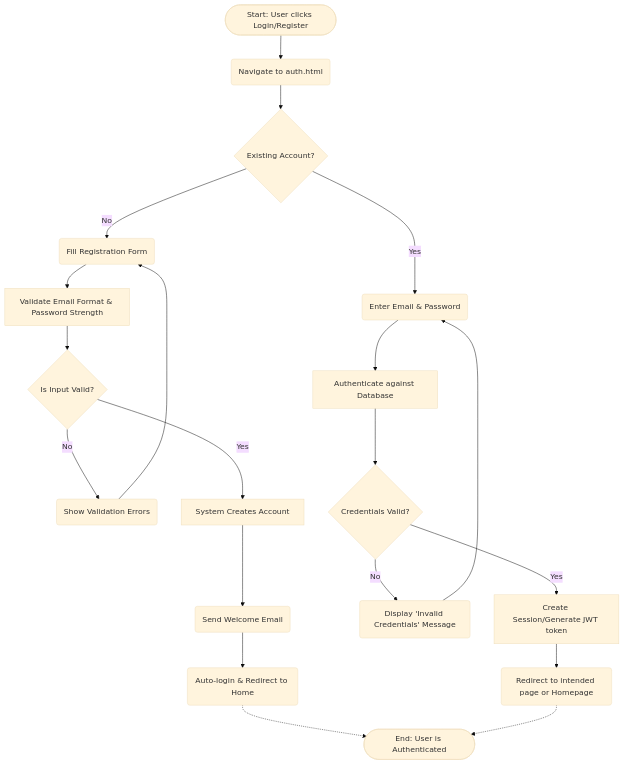
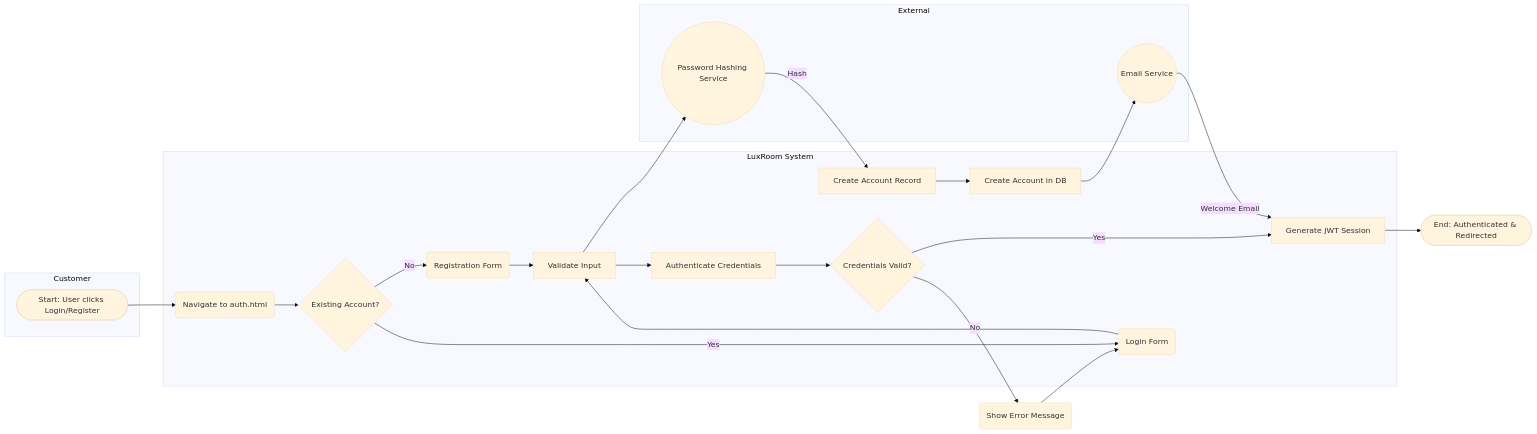
Before and after one commit to Haign12/LuxRoom: the third of 8 diagrams in docs/ba_portfolio/3_Process_Models.md, drawn with Mermaid (base theme). The commit also changed other lines of this file and 3 other files, not shown here.

````diff
--- a/docs/ba_portfolio/3_Process_Models.md
+++ b/docs/ba_portfolio/3_Process_Models.md
@@ -62,29 +157,42 @@
 ```mermaid
-graph TD
-    A([Start: User clicks Login/Register]) --> B(Navigate to auth.html)
-    B --> C{Existing Account?}
-    
-    %% Sign Up Flow
-    C -- No --> D(Fill Registration Form)
-    D --> E[Validate Email Format & Password Strength]
-    E --> F{Is Input Valid?}
-    F -- No --> G(Show Validation Errors)
-    G --> D
-    F -- Yes --> H[System Creates Account]
-    H --> I(Send Welcome Email)
-    I --> J(Auto-login & Redirect to Home)
-    
-    %% Login Flow
-    C -- Yes --> K(Enter Email & Password)
-    K --> L[Authenticate against Database]
-    L --> M{Credentials Valid?}
-    
-    M -- No --> N(Display 'Invalid Credentials' Message)
-    N --> K
-    
-    M -- Yes --> O[Create Session/Generate JWT token]
-    O --> P(Redirect to intended page or Homepage)
-    
-    J -.-> Z([End: User is Authenticated])
-    P -.-> Z
+graph LR
+    subgraph Customer
+        A([Start: User clicks Login/Register])
+    end
+
+    subgraph LuxRoom System
+        B(Navigate to auth.html)
+        C{Existing Account?}
+        D(Registration Form)
+        E(Login Form)
+        F[Validate Input]
+        G[Create Account in DB]
+        H[Authenticate Credentials]
+        I{Credentials Valid?}
+        J[Generate JWT Session]
+        K[Create Account Record]
+    end
+
+    subgraph External
+        L((Email Service))
+        M((Password Hashing Service))
+    end
+
+    A --> B
+    B --> C
+    C -->|No| D
+    C -->|Yes| E
+    D --> F
+    E --> F
+    F --> M
+    M -->|Hash| K
+    K --> G
+    G --> L
+    L -->|Welcome Email| J
+    F --> H
+    H --> I
+    I -->|Yes| J
+    J --> Redirect([End: Authenticated & Redirected])
+    I -->|No| ErrorShow(Show Error Message)
+    ErrorShow --> E
 ```
````
